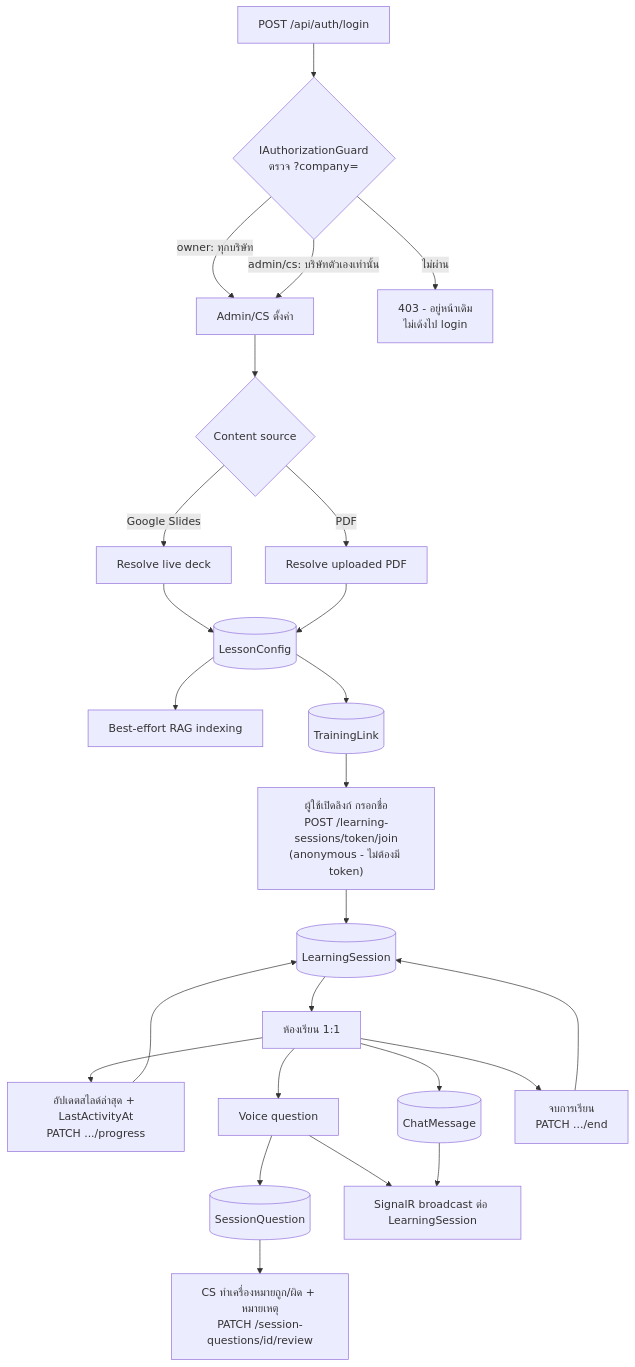
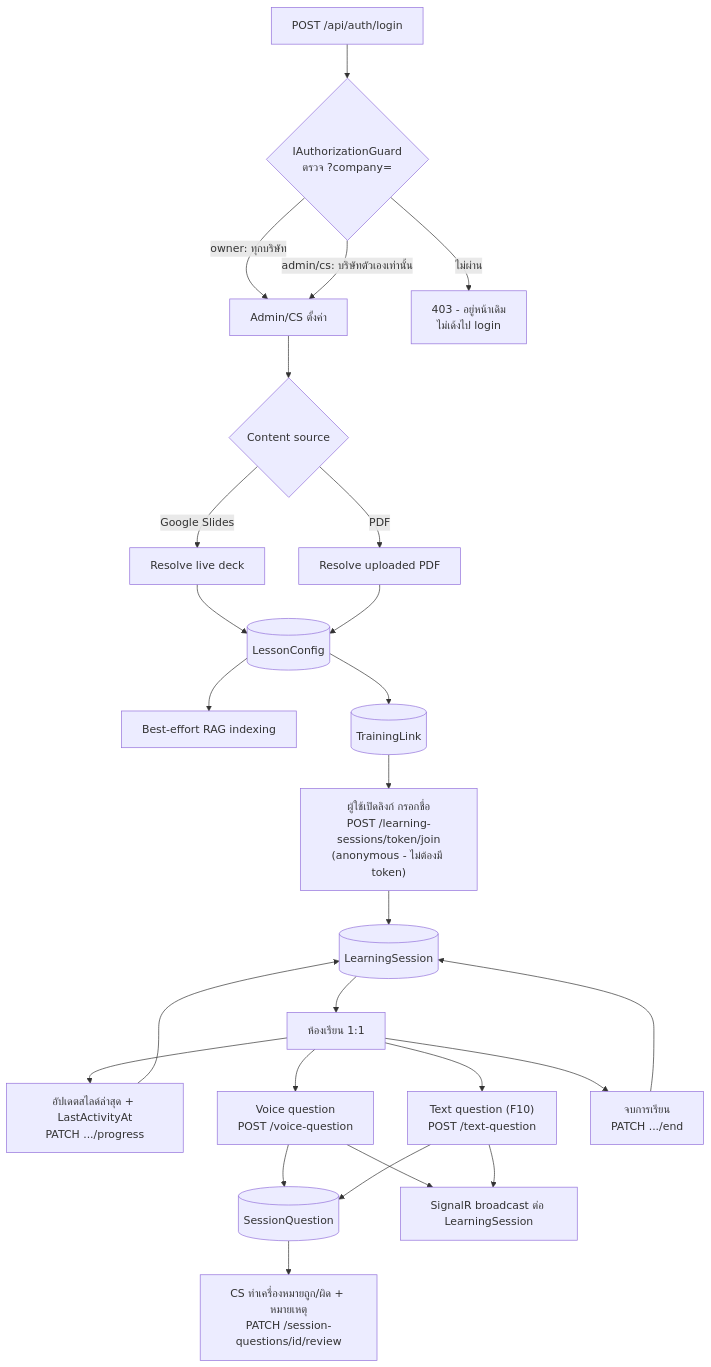
Before and after one commit to Sathaporn24/sb_supportroom: the second of 3 diagrams in backend/docs/ER_DIAGRAM_AND_WORKFLOW.md, drawn with Mermaid. The commit also changed other lines of this file and 183 other files, not shown here.

````diff
--- a/backend/docs/ER_DIAGRAM_AND_WORKFLOW.md
+++ b/backend/docs/ER_DIAGRAM_AND_WORKFLOW.md
@@ -134,28 +125,29 @@
 ```mermaid
 flowchart TD
     Login[POST /api/auth/login] --> Guard{IAuthorizationGuard<br/>ตรวจ ?company=}
     Guard -->|owner: ทุกบริษัท| Admin
     Guard -->|admin/cs: บริษัทตัวเองเท่านั้น| Admin
     Guard -->|ไม่ผ่าน| Forbidden[403 - อยู่หน้าเดิม<br/>ไม่เด้งไป login]
 
     Admin[Admin/CS ตั้งค่า] --> Source{Content source}
     Source -->|Google Slides| Google[Resolve live deck]
     Source -->|PDF| Pdf[Resolve uploaded PDF]
     Google --> Lesson[(LessonConfig)]
     Pdf --> Lesson
     Lesson --> Index[Best-effort RAG indexing]
     Lesson --> Link[(TrainingLink)]
     Link --> Join["ผู้ใช้เปิดลิงก์ กรอกชื่อ<br/>POST /learning-sessions/token/join<br/>(anonymous - ไม่ต้องมี token)"]
     Join --> Learning[(LearningSession)]
     Learning --> Room[ห้องเรียน 1:1]
     Room --> Progress["อัปเดตสไลด์ล่าสุด + LastActivityAt<br/>PATCH .../progress"]
     Progress --> Learning
-    Room --> Voice[Voice question]
+    Room --> Voice["Voice question<br/>POST /voice-question"]
+    Room --> Text["Text question (F10)<br/>POST /text-question"]
     Voice --> Question[(SessionQuestion)]
+    Text --> Question
     Voice --> Live[SignalR broadcast ต่อ LearningSession]
-    Room --> Chat[(ChatMessage)]
-    Chat --> Live
+    Text --> Live
     Room --> End["จบการเรียน<br/>PATCH .../end"]
     End --> Learning
     Question --> Review["CS ทำเครื่องหมายถูก/ผิด + หมายเหตุ<br/>PATCH /session-questions/id/review"]
 ```
````
